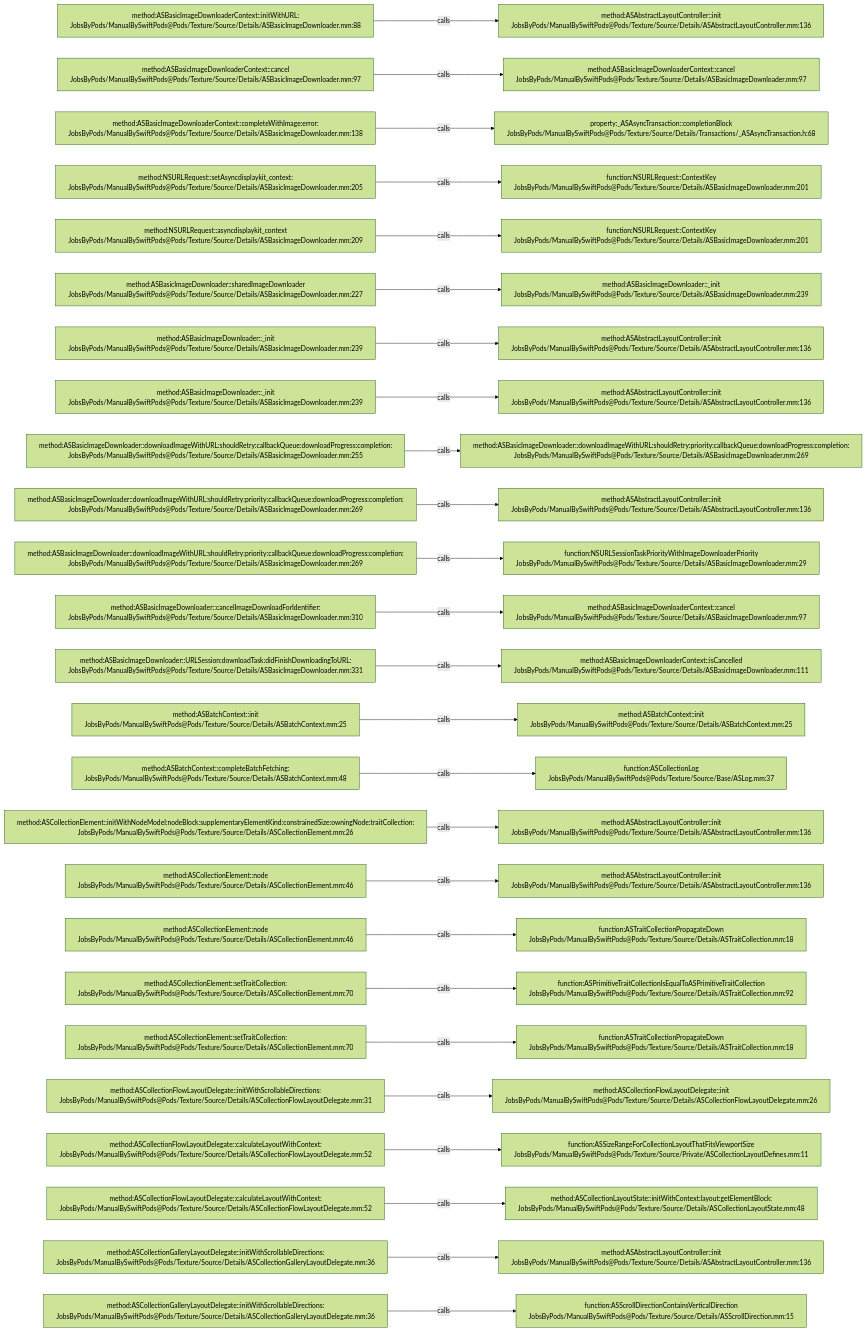
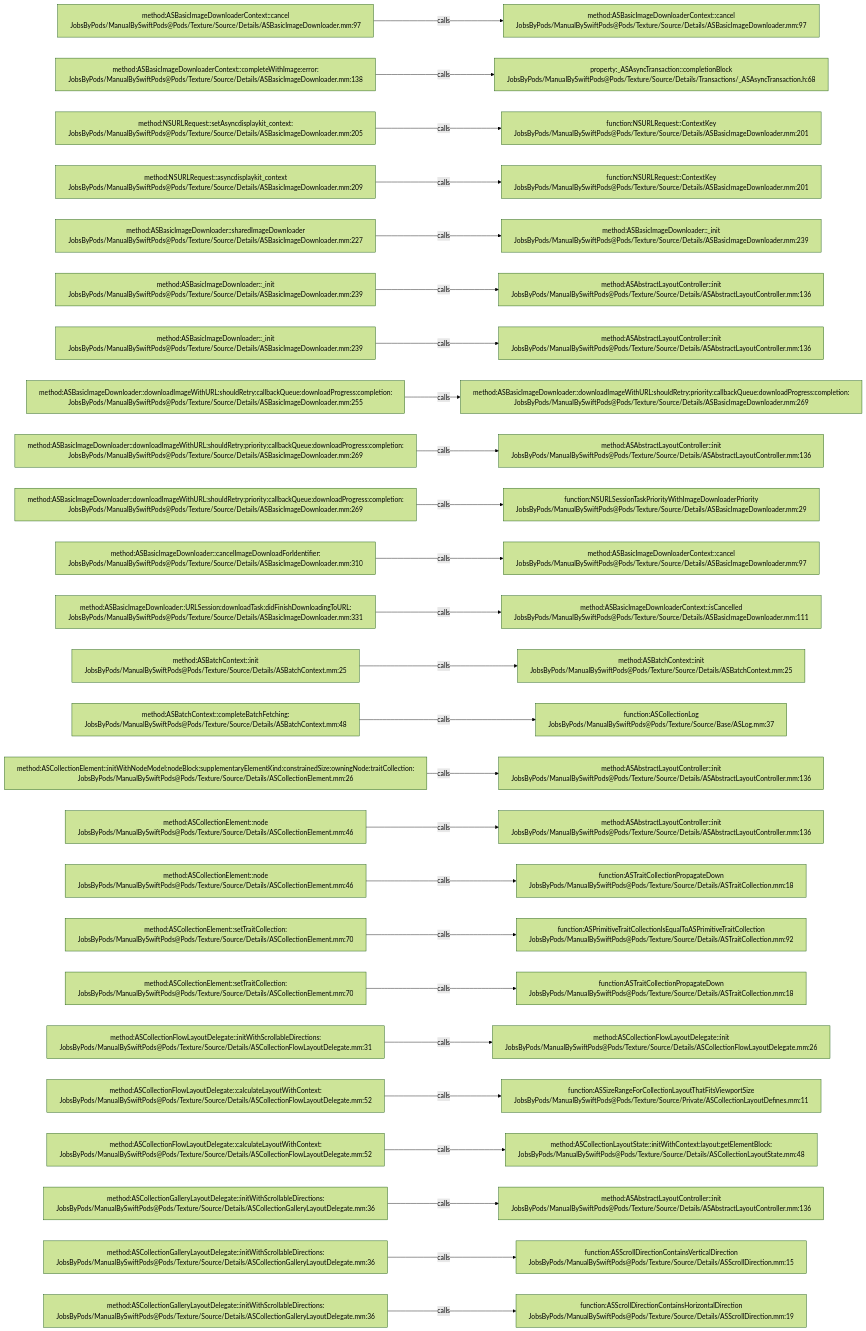
One commit to JobsKits/JobsSwiftBaseConfigDemo changed the diagram in .codegraph/codegraph.md/graphs/calls-082.md. Above: the diagram before and after it, drawn with Mermaid (forest theme). The commit also changed 747 other files, not shown here.

````diff
--- a/.codegraph/codegraph.md/graphs/calls-082.md
+++ b/.codegraph/codegraph.md/graphs/calls-082.md
@@ -13,78 +13,78 @@
 ```mermaid
 flowchart LR
-  S1["method:ASBasicImageDownloaderContext::initWithURL:<br/>JobsByPods/ManualBySwiftPods@Pods/Texture/Source/Details/ASBasicImageDownloader.mm:88"]
-  T1["method:ASAbstractLayoutController::init<br/>JobsByPods/ManualBySwiftPods@Pods/Texture/Source/Details/ASAbstractLayoutController.mm:136"]
+  S1["method:ASBasicImageDownloaderContext::cancel<br/>JobsByPods/ManualBySwiftPods@Pods/Texture/Source/Details/ASBasicImageDownloader.mm:97"]
+  T1["method:ASBasicImageDownloaderContext::cancel<br/>JobsByPods/ManualBySwiftPods@Pods/Texture/Source/Details/ASBasicImageDownloader.mm:97"]
   S1 -->|calls| T1
-  S2["method:ASBasicImageDownloaderContext::cancel<br/>JobsByPods/ManualBySwiftPods@Pods/Texture/Source/Details/ASBasicImageDownloader.mm:97"]
-  T2["method:ASBasicImageDownloaderContext::cancel<br/>JobsByPods/ManualBySwiftPods@Pods/Texture/Source/Details/ASBasicImageDownloader.mm:97"]
+  S2["method:ASBasicImageDownloaderContext::completeWithImage:error:<br/>JobsByPods/ManualBySwiftPods@Pods/Texture/Source/Details/ASBasicImageDownloader.mm:138"]
+  T2["property:_ASAsyncTransaction::completionBlock<br/>JobsByPods/ManualBySwiftPods@Pods/Texture/Source/Details/Transactions/_ASAsyncTransaction.h:68"]
   S2 -->|calls| T2
-  S3["method:ASBasicImageDownloaderContext::completeWithImage:error:<br/>JobsByPods/ManualBySwiftPods@Pods/Texture/Source/Details/ASBasicImageDownloader.mm:138"]
-  T3["property:_ASAsyncTransaction::completionBlock<br/>JobsByPods/ManualBySwiftPods@Pods/Texture/Source/Details/Transactions/_ASAsyncTransaction.h:68"]
+  S3["method:NSURLRequest::setAsyncdisplaykit_context:<br/>JobsByPods/ManualBySwiftPods@Pods/Texture/Source/Details/ASBasicImageDownloader.mm:205"]
+  T3["function:NSURLRequest::ContextKey<br/>JobsByPods/ManualBySwiftPods@Pods/Texture/Source/Details/ASBasicImageDownloader.mm:201"]
   S3 -->|calls| T3
-  S4["method:NSURLRequest::setAsyncdisplaykit_context:<br/>JobsByPods/ManualBySwiftPods@Pods/Texture/Source/Details/ASBasicImageDownloader.mm:205"]
+  S4["method:NSURLRequest::asyncdisplaykit_context<br/>JobsByPods/ManualBySwiftPods@Pods/Texture/Source/Details/ASBasicImageDownloader.mm:209"]
   T4["function:NSURLRequest::ContextKey<br/>JobsByPods/ManualBySwiftPods@Pods/Texture/Source/Details/ASBasicImageDownloader.mm:201"]
   S4 -->|calls| T4
-  S5["method:NSURLRequest::asyncdisplaykit_context<br/>JobsByPods/ManualBySwiftPods@Pods/Texture/Source/Details/ASBasicImageDownloader.mm:209"]
-  T5["function:NSURLRequest::ContextKey<br/>JobsByPods/ManualBySwiftPods@Pods/Texture/Source/Details/ASBasicImageDownloader.mm:201"]
+  S5["method:ASBasicImageDownloader::sharedImageDownloader<br/>JobsByPods/ManualBySwiftPods@Pods/Texture/Source/Details/ASBasicImageDownloader.mm:227"]
+  T5["method:ASBasicImageDownloader::_init<br/>JobsByPods/ManualBySwiftPods@Pods/Texture/Source/Details/ASBasicImageDownloader.mm:239"]
   S5 -->|calls| T5
-  S6["method:ASBasicImageDownloader::sharedImageDownloader<br/>JobsByPods/ManualBySwiftPods@Pods/Texture/Source/Details/ASBasicImageDownloader.mm:227"]
-  T6["method:ASBasicImageDownloader::_init<br/>JobsByPods/ManualBySwiftPods@Pods/Texture/Source/Details/ASBasicImageDownloader.mm:239"]
+  S6["method:ASBasicImageDownloader::_init<br/>JobsByPods/ManualBySwiftPods@Pods/Texture/Source/Details/ASBasicImageDownloader.mm:239"]
+  T6["method:ASAbstractLayoutController::init<br/>JobsByPods/ManualBySwiftPods@Pods/Texture/Source/Details/ASAbstractLayoutController.mm:136"]
   S6 -->|calls| T6
   S7["method:ASBasicImageDownloader::_init<br/>JobsByPods/ManualBySwiftPods@Pods/Texture/Source/Details/ASBasicImageDownloader.mm:239"]
   T7["method:ASAbstractLayoutController::init<br/>JobsByPods/ManualBySwiftPods@Pods/Texture/Source/Details/ASAbstractLayoutController.mm:136"]
   S7 -->|calls| T7
-  S8["method:ASBasicImageDownloader::_init<br/>JobsByPods/ManualBySwiftPods@Pods/Texture/Source/Details/ASBasicImageDownloader.mm:239"]
-  T8["method:ASAbstractLayoutController::init<br/>JobsByPods/ManualBySwiftPods@Pods/Texture/Source/Details/ASAbstractLayoutController.mm:136"]
+  S8["method:ASBasicImageDownloader::downloadImageWithURL:shouldRetry:callbackQueue:downloadProgress:completion:<br/>JobsByPods/ManualBySwiftPods@Pods/Texture/Source/Details/ASBasicImageDownloader.mm:255"]
+  T8["method:ASBasicImageDownloader::downloadImageWithURL:shouldRetry:priority:callbackQueue:downloadProgress:completion:<br/>JobsByPods/ManualBySwiftPods@Pods/Texture/Source/Details/ASBasicImageDownloader.mm:269"]
   S8 -->|calls| T8
-  S9["method:ASBasicImageDownloader::downloadImageWithURL:shouldRetry:callbackQueue:downloadProgress:completion:<br/>JobsByPods/ManualBySwiftPods@Pods/Texture/Source/Details/ASBasicImageDownloader.mm:255"]
-  T9["method:ASBasicImageDownloader::downloadImageWithURL:shouldRetry:priority:callbackQueue:downloadProgress:completion:<br/>JobsByPods/ManualBySwiftPods@Pods/Texture/Source/Details/ASBasicImageDownloader.mm:269"]
+  S9["method:ASBasicImageDownloader::downloadImageWithURL:shouldRetry:priority:callbackQueue:downloadProgress:completion:<br/>JobsByPods/ManualBySwiftPods@Pods/Texture/Source/Details/ASBasicImageDownloader.mm:269"]
+  T9["method:ASAbstractLayoutController::init<br/>JobsByPods/ManualBySwiftPods@Pods/Texture/Source/Details/ASAbstractLayoutController.mm:136"]
   S9 -->|calls| T9
   S10["method:ASBasicImageDownloader::downloadImageWithURL:shouldRetry:priority:callbackQueue:downloadProgress:completion:<br/>JobsByPods/ManualBySwiftPods@Pods/Texture/Source/Details/ASBasicImageDownloader.mm:269"]
-  T10["method:ASAbstractLayoutController::init<br/>JobsByPods/ManualBySwiftPods@Pods/Texture/Source/Details/ASAbstractLayoutController.mm:136"]
+  T10["function:NSURLSessionTaskPriorityWithImageDownloaderPriority<br/>JobsByPods/ManualBySwiftPods@Pods/Texture/Source/Details/ASBasicImageDownloader.mm:29"]
   S10 -->|calls| T10
-  S11["method:ASBasicImageDownloader::downloadImageWithURL:shouldRetry:priority:callbackQueue:downloadProgress:completion:<br/>JobsByPods/ManualBySwiftPods@Pods/Texture/Source/Details/ASBasicImageDownloader.mm:269"]
-  T11["function:NSURLSessionTaskPriorityWithImageDownloaderPriority<br/>JobsByPods/ManualBySwiftPods@Pods/Texture/Source/Details/ASBasicImageDownloader.mm:29"]
+  S11["method:ASBasicImageDownloader::cancelImageDownloadForIdentifier:<br/>JobsByPods/ManualBySwiftPods@Pods/Texture/Source/Details/ASBasicImageDownloader.mm:310"]
+  T11["method:ASBasicImageDownloaderContext::cancel<br/>JobsByPods/ManualBySwiftPods@Pods/Texture/Source/Details/ASBasicImageDownloader.mm:97"]
   S11 -->|calls| T11
-  S12["method:ASBasicImageDownloader::cancelImageDownloadForIdentifier:<br/>JobsByPods/ManualBySwiftPods@Pods/Texture/Source/Details/ASBasicImageDownloader.mm:310"]
-  T12["method:ASBasicImageDownloaderContext::cancel<br/>JobsByPods/ManualBySwiftPods@Pods/Texture/Source/Details/ASBasicImageDownloader.mm:97"]
+  S12["method:ASBasicImageDownloader::URLSession:downloadTask:didFinishDownloadingToURL:<br/>JobsByPods/ManualBySwiftPods@Pods/Texture/Source/Details/ASBasicImageDownloader.mm:331"]
+  T12["method:ASBasicImageDownloaderContext::isCancelled<br/>JobsByPods/ManualBySwiftPods@Pods/Texture/Source/Details/ASBasicImageDownloader.mm:111"]
   S12 -->|calls| T12
-  S13["method:ASBasicImageDownloader::URLSession:downloadTask:didFinishDownloadingToURL:<br/>JobsByPods/ManualBySwiftPods@Pods/Texture/Source/Details/ASBasicImageDownloader.mm:331"]
-  T13["method:ASBasicImageDownloaderContext::isCancelled<br/>JobsByPods/ManualBySwiftPods@Pods/Texture/Source/Details/ASBasicImageDownloader.mm:111"]
+  S13["method:ASBatchContext::init<br/>JobsByPods/ManualBySwiftPods@Pods/Texture/Source/Details/ASBatchContext.mm:25"]
+  T13["method:ASBatchContext::init<br/>JobsByPods/ManualBySwiftPods@Pods/Texture/Source/Details/ASBatchContext.mm:25"]
   S13 -->|calls| T13
-  S14["method:ASBatchContext::init<br/>JobsByPods/ManualBySwiftPods@Pods/Texture/Source/Details/ASBatchContext.mm:25"]
-  T14["method:ASBatchContext::init<br/>JobsByPods/ManualBySwiftPods@Pods/Texture/Source/Details/ASBatchContext.mm:25"]
+  S14["method:ASBatchContext::completeBatchFetching:<br/>JobsByPods/ManualBySwiftPods@Pods/Texture/Source/Details/ASBatchContext.mm:48"]
+  T14["function:ASCollectionLog<br/>JobsByPods/ManualBySwiftPods@Pods/Texture/Source/Base/ASLog.mm:37"]
   S14 -->|calls| T14
-  S15["method:ASBatchContext::completeBatchFetching:<br/>JobsByPods/ManualBySwiftPods@Pods/Texture/Source/Details/ASBatchContext.mm:48"]
-  T15["function:ASCollectionLog<br/>JobsByPods/ManualBySwiftPods@Pods/Texture/Source/Base/ASLog.mm:37"]
+  S15["method:ASCollectionElement::initWithNodeModel:nodeBlock:supplementaryElementKind:constrainedSize:owningNode:traitCollection:<br/>JobsByPods/ManualBySwiftPods@Pods/Texture/Source/Details/ASCollectionElement.mm:26"]
+  T15["method:ASAbstractLayoutController::init<br/>JobsByPods/ManualBySwiftPods@Pods/Texture/Source/Details/ASAbstractLayoutController.mm:136"]
   S15 -->|calls| T15
-  S16["method:ASCollectionElement::initWithNodeModel:nodeBlock:supplementaryElementKind:constrainedSize:owningNode:traitCollection:<br/>JobsByPods/ManualBySwiftPods@Pods/Texture/Source/Details/ASCollectionElement.mm:26"]
+  S16["method:ASCollectionElement::node<br/>JobsByPods/ManualBySwiftPods@Pods/Texture/Source/Details/ASCollectionElement.mm:46"]
   T16["method:ASAbstractLayoutController::init<br/>JobsByPods/ManualBySwiftPods@Pods/Texture/Source/Details/ASAbstractLayoutController.mm:136"]
   S16 -->|calls| T16
   S17["method:ASCollectionElement::node<br/>JobsByPods/ManualBySwiftPods@Pods/Texture/Source/Details/ASCollectionElement.mm:46"]
-  T17["method:ASAbstractLayoutController::init<br/>JobsByPods/ManualBySwiftPods@Pods/Texture/Source/Details/ASAbstractLayoutController.mm:136"]
+  T17["function:ASTraitCollectionPropagateDown<br/>JobsByPods/ManualBySwiftPods@Pods/Texture/Source/Details/ASTraitCollection.mm:18"]
   S17 -->|calls| T17
-  S18["method:ASCollectionElement::node<br/>JobsByPods/ManualBySwiftPods@Pods/Texture/Source/Details/ASCollectionElement.mm:46"]
-  T18["function:ASTraitCollectionPropagateDown<br/>JobsByPods/ManualBySwiftPods@Pods/Texture/Source/Details/ASTraitCollection.mm:18"]
+  S18["method:ASCollectionElement::setTraitCollection:<br/>JobsByPods/ManualBySwiftPods@Pods/Texture/Source/Details/ASCollectionElement.mm:70"]
+  T18["function:ASPrimitiveTraitCollectionIsEqualToASPrimitiveTraitCollection<br/>JobsByPods/ManualBySwiftPods@Pods/Texture/Source/Details/ASTraitCollection.mm:92"]
   S18 -->|calls| T18
   S19["method:ASCollectionElement::setTraitCollection:<br/>JobsByPods/ManualBySwiftPods@Pods/Texture/Source/Details/ASCollectionElement.mm:70"]
-  T19["function:ASPrimitiveTraitCollectionIsEqualToASPrimitiveTraitCollection<br/>JobsByPods/ManualBySwiftPods@Pods/Texture/Source/Details/ASTraitCollection.mm:92"]
+  T19["function:ASTraitCollectionPropagateDown<br/>JobsByPods/ManualBySwiftPods@Pods/Texture/Source/Details/ASTraitCollection.mm:18"]
   S19 -->|calls| T19
-  S20["method:ASCollectionElement::setTraitCollection:<br/>JobsByPods/ManualBySwiftPods@Pods/Texture/Source/Details/ASCollectionElement.mm:70"]
-  T20["function:ASTraitCollectionPropagateDown<br/>JobsByPods/ManualBySwiftPods@Pods/Texture/Source/Details/ASTraitCollection.mm:18"]
+  S20["method:ASCollectionFlowLayoutDelegate::initWithScrollableDirections:<br/>JobsByPods/ManualBySwiftPods@Pods/Texture/Source/Details/ASCollectionFlowLayoutDelegate.mm:31"]
+  T20["method:ASCollectionFlowLayoutDelegate::init<br/>JobsByPods/ManualBySwiftPods@Pods/Texture/Source/Details/ASCollectionFlowLayoutDelegate.mm:26"]
   S20 -->|calls| T20
-  S21["method:ASCollectionFlowLayoutDelegate::initWithScrollableDirections:<br/>JobsByPods/ManualBySwiftPods@Pods/Texture/Source/Details/ASCollectionFlowLayoutDelegate.mm:31"]
-  T21["method:ASCollectionFlowLayoutDelegate::init<br/>JobsByPods/ManualBySwiftPods@Pods/Texture/Source/Details/ASCollectionFlowLayoutDelegate.mm:26"]
+  S21["method:ASCollectionFlowLayoutDelegate::calculateLayoutWithContext:<br/>JobsByPods/ManualBySwiftPods@Pods/Texture/Source/Details/ASCollectionFlowLayoutDelegate.mm:52"]
+  T21["function:ASSizeRangeForCollectionLayoutThatFitsViewportSize<br/>JobsByPods/ManualBySwiftPods@Pods/Texture/Source/Private/ASCollectionLayoutDefines.mm:11"]
   S21 -->|calls| T21
   S22["method:ASCollectionFlowLayoutDelegate::calculateLayoutWithContext:<br/>JobsByPods/ManualBySwiftPods@Pods/Texture/Source/Details/ASCollectionFlowLayoutDelegate.mm:52"]
-  T22["function:ASSizeRangeForCollectionLayoutThatFitsViewportSize<br/>JobsByPods/ManualBySwiftPods@Pods/Texture/Source/Private/ASCollectionLayoutDefines.mm:11"]
+  T22["method:ASCollectionLayoutState::initWithContext:layout:getElementBlock:<br/>JobsByPods/ManualBySwiftPods@Pods/Texture/Source/Details/ASCollectionLayoutState.mm:48"]
   S22 -->|calls| T22
-  S23["method:ASCollectionFlowLayoutDelegate::calculateLayoutWithContext:<br/>JobsByPods/ManualBySwiftPods@Pods/Texture/Source/Details/ASCollectionFlowLayoutDelegate.mm:52"]
-  T23["method:ASCollectionLayoutState::initWithContext:layout:getElementBlock:<br/>JobsByPods/ManualBySwiftPods@Pods/Texture/Source/Details/ASCollectionLayoutState.mm:48"]
+  S23["method:ASCollectionGalleryLayoutDelegate::initWithScrollableDirections:<br/>JobsByPods/ManualBySwiftPods@Pods/Texture/Source/Details/ASCollectionGalleryLayoutDelegate.mm:36"]
+  T23["method:ASAbstractLayoutController::init<br/>JobsByPods/ManualBySwiftPods@Pods/Texture/Source/Details/ASAbstractLayoutController.mm:136"]
   S23 -->|calls| T23
   S24["method:ASCollectionGalleryLayoutDelegate::initWithScrollableDirections:<br/>JobsByPods/ManualBySwiftPods@Pods/Texture/Source/Details/ASCollectionGalleryLayoutDelegate.mm:36"]
-  T24["method:ASAbstractLayoutController::init<br/>JobsByPods/ManualBySwiftPods@Pods/Texture/Source/Details/ASAbstractLayoutController.mm:136"]
+  T24["function:ASScrollDirectionContainsVerticalDirection<br/>JobsByPods/ManualBySwiftPods@Pods/Texture/Source/Details/ASScrollDirection.mm:15"]
   S24 -->|calls| T24
   S25["method:ASCollectionGalleryLayoutDelegate::initWithScrollableDirections:<br/>JobsByPods/ManualBySwiftPods@Pods/Texture/Source/Details/ASCollectionGalleryLayoutDelegate.mm:36"]
-  T25["function:ASScrollDirectionContainsVerticalDirection<br/>JobsByPods/ManualBySwiftPods@Pods/Texture/Source/Details/ASScrollDirection.mm:15"]
+  T25["function:ASScrollDirectionContainsHorizontalDirection<br/>JobsByPods/ManualBySwiftPods@Pods/Texture/Source/Details/ASScrollDirection.mm:19"]
   S25 -->|calls| T25
 ```
````
